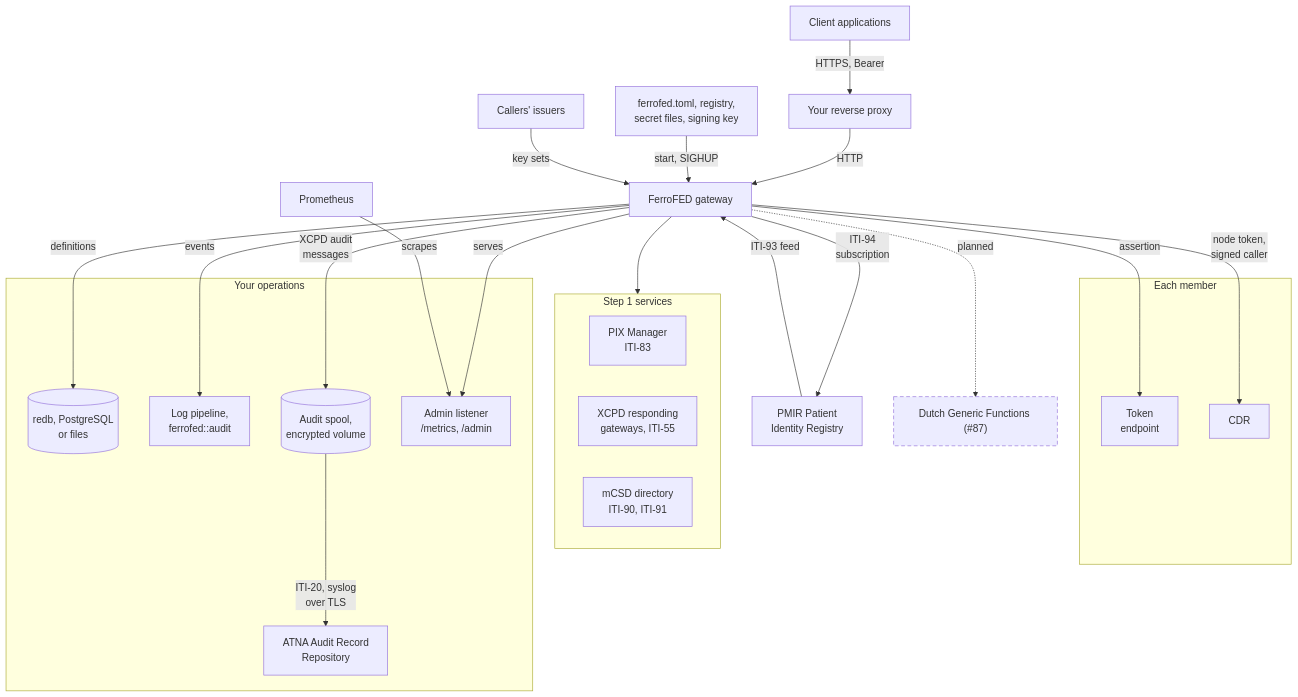
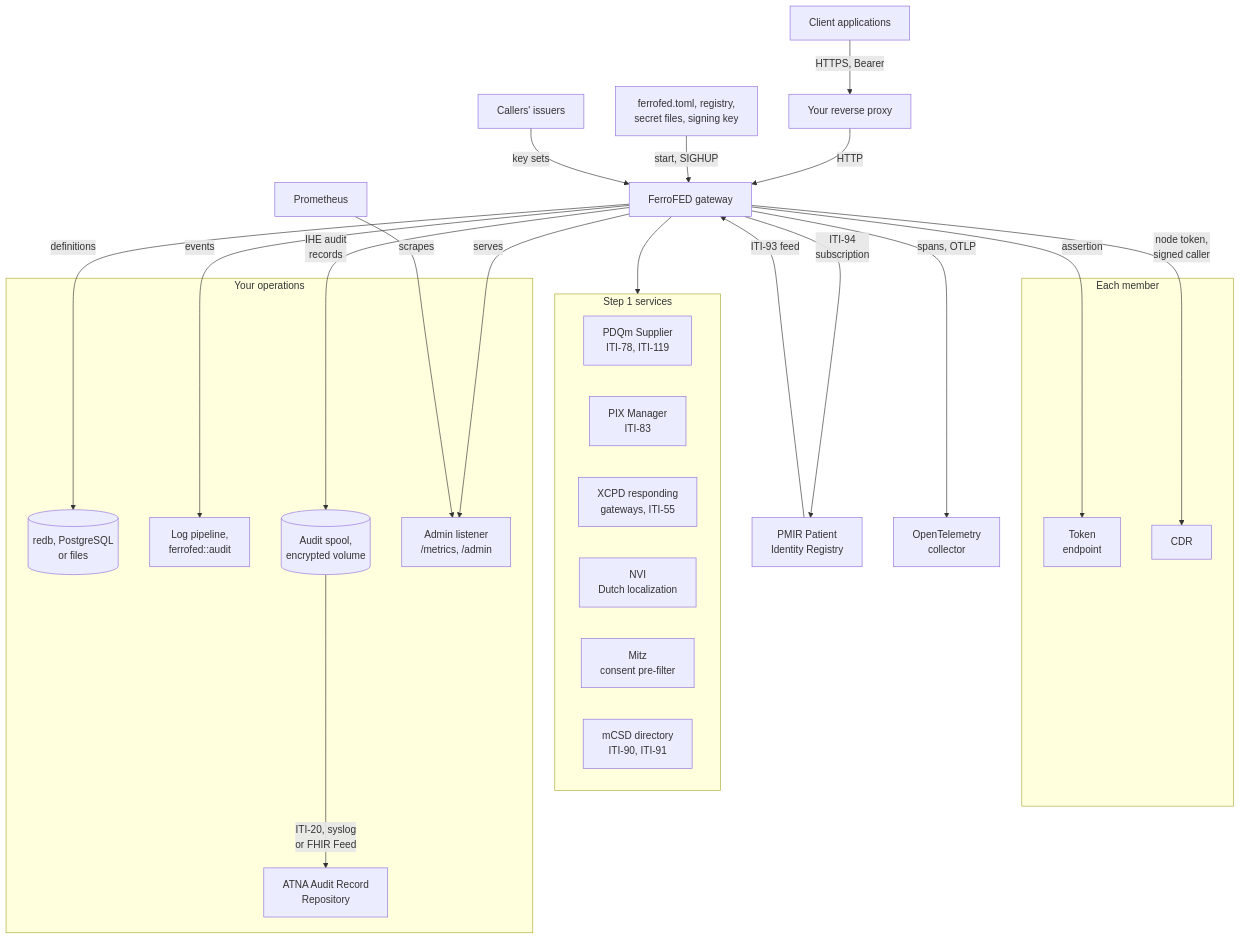
Before and after one commit to FerroHEALTH/FerroFED: the second of 3 diagrams in website/book/src/how-it-works/deployment.md, drawn with Mermaid. The commit also changed other lines of this file and 11 other files, not shown here.

First line of the commit message:
docs: bring the architecture record, the book and the README up to date before the v0.0.8 cut (#473)

````diff
--- a/website/book/src/how-it-works/deployment.md
+++ b/website/book/src/how-it-works/deployment.md
@@ -61,36 +62,38 @@
 ```mermaid
 flowchart TB
-    classDef planned stroke-dasharray: 6 4
     clients["Client applications"] -->|"HTTPS, Bearer"| proxy["Your reverse proxy"]
     proxy -->|"HTTP"| gw["FerroFED gateway"]
     cfg["ferrofed.toml, registry,<br/>secret files, signing key"] -->|"start, SIGHUP"| gw
     issuers["Callers' issuers"] -->|"key sets"| gw
     subgraph identity["Step 1 services"]
+        pdq["PDQm Supplier<br/>ITI-78, ITI-119"]
         pix["PIX Manager<br/>ITI-83"]
         xcpd["XCPD responding<br/>gateways, ITI-55"]
+        nvi["NVI<br/>Dutch localization"]
+        mitz["Mitz<br/>consent pre-filter"]
         mcsd["mCSD directory<br/>ITI-90, ITI-91"]
     end
     subgraph member["Each member"]
         tok["Token<br/>endpoint"]
         cdr["CDR"]
     end
     subgraph ops["Your operations"]
         store[("redb, PostgreSQL<br/>or files")]
         logs["Log pipeline,<br/>ferrofed::audit"]
         spool[("Audit spool,<br/>encrypted volume")]
         arr["ATNA Audit Record<br/>Repository"]
         admin["Admin listener<br/>/metrics, /admin"]
     end
     gw --> identity
     gw -->|"assertion"| tok
     gw -->|"node token,<br/>signed caller"| cdr
     gw -->|"definitions"| store
     gw -->|"events"| logs
-    gw -->|"XCPD audit<br/>messages"| spool
-    spool -->|"ITI-20, syslog<br/>over TLS"| arr
+    gw -->|"IHE audit<br/>records"| spool
+    spool -->|"ITI-20, syslog<br/>or FHIR Feed"| arr
     gw -->|"serves"| admin
     pmir["PMIR Patient<br/>Identity Registry"] -->|"ITI-93 feed"| gw
     gw -->|"ITI-94<br/>subscription"| pmir
     prom["Prometheus"] -->|"scrapes"| admin
-    gw -.->|"planned"| planned["Dutch Generic Functions (#87)"]:::planned
+    gw -->|"spans, OTLP"| otel["OpenTelemetry<br/>collector"]
 ```
````
